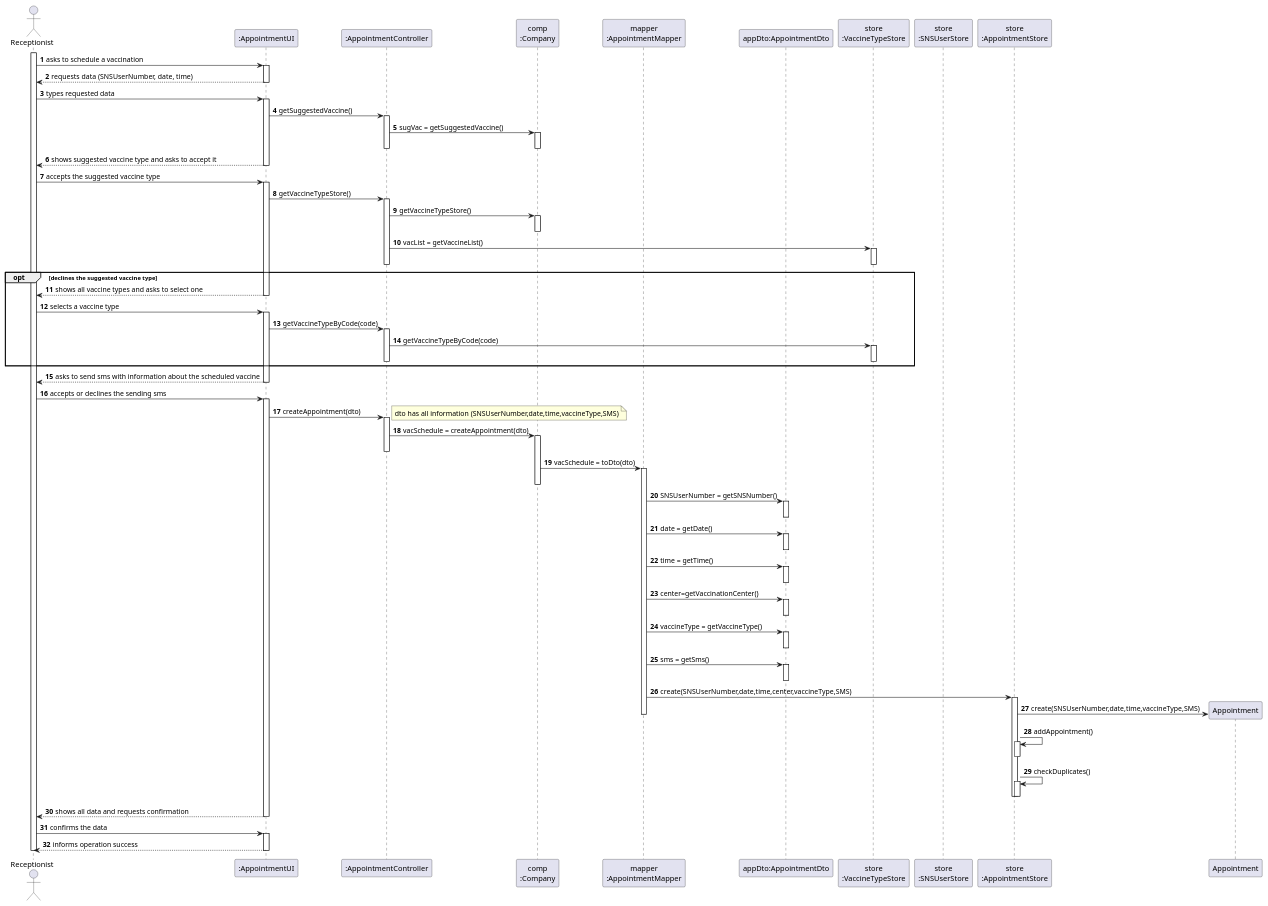
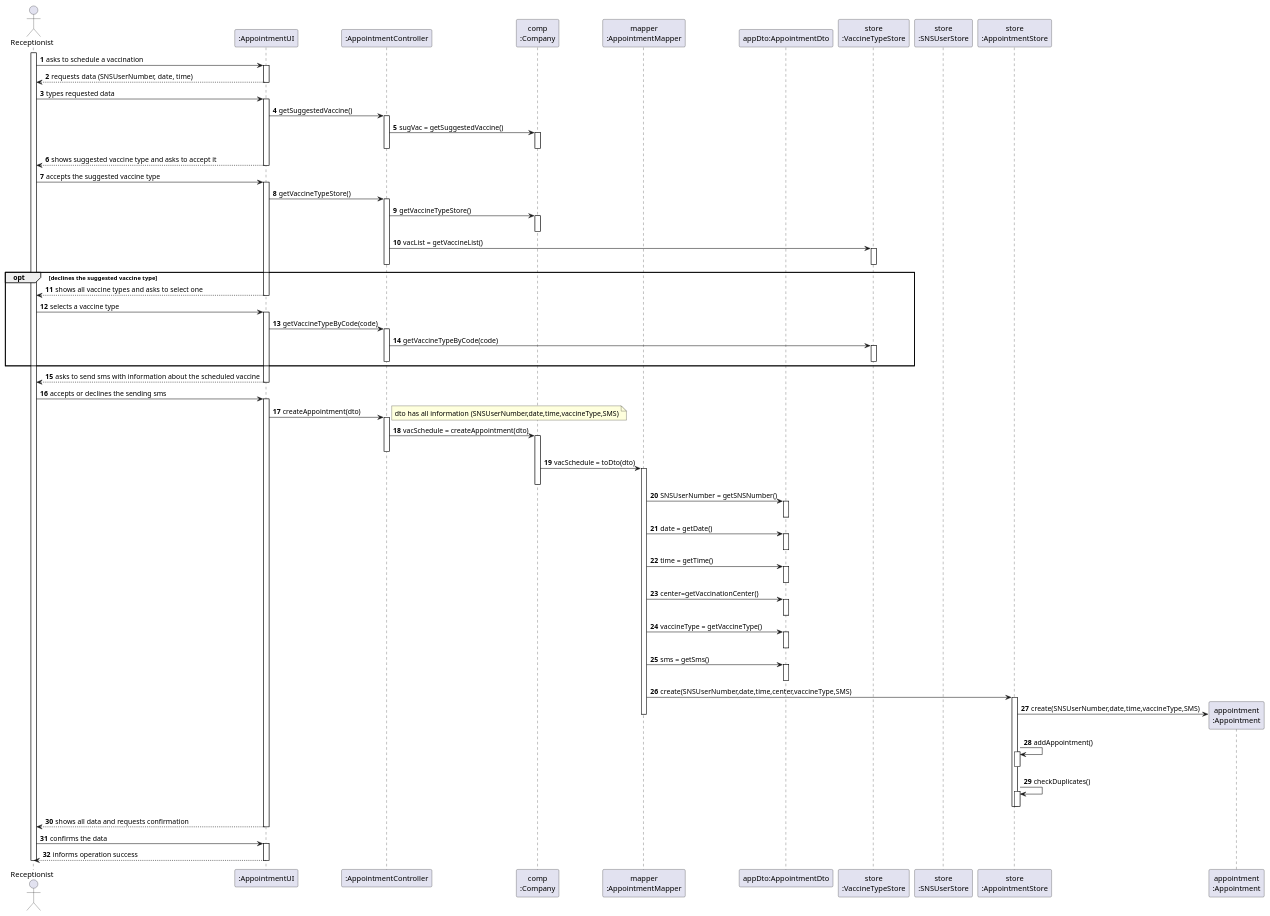
The diagram in docs/SprintC/US02/SD/US02_SD.puml (miseEnPlace-i/lapr2), drawn with PlantUML before and after one commit.

Commit message:
docs(SD): updated SD

```diff
--- a/docs/SprintC/US02/SD/US02_SD.puml
+++ b/docs/SprintC/US02/SD/US02_SD.puml
@@ -1,137 +1,138 @@
 @startuml US02_SD
 autonumber
 'hide footbox
 actor "Receptionist" as RECEPT
 
 participant ":AppointmentUI" as UI
 participant ":AppointmentController" as CTRL
 participant "comp\n:Company" as COMP
 participant "mapper\n:AppointmentMapper" as MAPPER
 participant "appDto:AppointmentDto" as DTO
 participant "store\n:VaccineTypeStore" as VACSTORE
 participant "store\n:SNSUserStore" as SNSSTORE
 participant "store\n:AppointmentStore" as APPSTORE
+participant "appointment\n:Appointment" as APPOINT
 
 activate RECEPT
 RECEPT -> UI : asks to schedule a vaccination
 activate UI
 
 UI --> RECEPT : requests data (SNSUserNumber, date, time)
 deactivate UI
 
 RECEPT -> UI : types requested data
 activate UI
 
 UI -> CTRL : getSuggestedVaccine()
 activate CTRL
 
 CTRL -> COMP : sugVac = getSuggestedVaccine()
 activate COMP
 deactivate CTRL
 deactivate COMP
 
 UI --> RECEPT : shows suggested vaccine type and asks to accept it
 deactivate UI
 
 RECEPT -> UI : accepts the suggested vaccine type
 activate UI
 
 UI -> CTRL : getVaccineTypeStore()
 activate CTRL
 
 CTRL -> COMP : getVaccineTypeStore()
 activate COMP
 deactivate COMP
 
 CTRL -> VACSTORE : vacList = getVaccineList()
 activate VACSTORE
 deactivate VACSTORE
 deactivate CTRL
 
 
 opt declines the suggested vaccine type
 UI --> RECEPT : shows all vaccine types and asks to select one
 deactivate UI
 
 RECEPT -> UI : selects a vaccine type
 activate UI
 
 UI -> CTRL : getVaccineTypeByCode(code)
 activate CTRL
 
 CTRL -> VACSTORE : getVaccineTypeByCode(code)
 activate VACSTORE
 deactivate VACSTORE
 deactivate CTRL
 end
 
 UI --> RECEPT : asks to send sms with information about the scheduled vaccine
 deactivate UI
 RECEPT -> UI : accepts or declines the sending sms
 activate UI
 
 UI -> CTRL : createAppointment(dto)
 activate CTRL
 
 note right 
 dto has all information (SNSUserNumber,date,time,vaccineType,SMS)
 end note
 CTRL -> COMP : vacSchedule = createAppointment(dto)
 activate COMP
 deactivate CTRL
 
 COMP -> MAPPER : vacSchedule = toDto(dto)
 activate MAPPER
 deactivate COMP
 
 MAPPER -> DTO : SNSUserNumber = getSNSNumber()
 activate DTO
 deactivate DTO
 
 MAPPER -> DTO : date = getDate()
 activate DTO
 deactivate DTO
 
 MAPPER -> DTO : time = getTime()
 activate DTO
 deactivate DTO
 
 MAPPER -> DTO : center=getVaccinationCenter()
 activate DTO
 deactivate DTO
 
 MAPPER -> DTO : vaccineType = getVaccineType()
 activate DTO
 deactivate DTO
 
 MAPPER -> DTO : sms = getSms() 
 activate DTO
 deactivate DTO
 deactivate CTRL
 
 MAPPER -> APPSTORE : create(SNSUserNumber,date,time,center,vaccineType,SMS)
 activate APPSTORE
 
-APPSTORE -> Appointment** : create(SNSUserNumber,date,time,vaccineType,SMS)
+APPSTORE -> APPOINT** : create(SNSUserNumber,date,time,vaccineType,SMS)
 deactivate MAPPER
 
 APPSTORE -> APPSTORE : addAppointment()
 activate APPSTORE
 deactivate APPSTORE
 
 APPSTORE -> APPSTORE : checkDuplicates()
 activate APPSTORE
 deactivate APPSTORE
 deactivate APPSTORE
 
 UI --> RECEPT : shows all data and requests confirmation
 deactivate UI
 RECEPT -> UI : confirms the data
 activate UI
 
 UI --> RECEPT : informs operation success
 deactivate UI
 
 deactivate RECEPT
 
 @enduml
```
